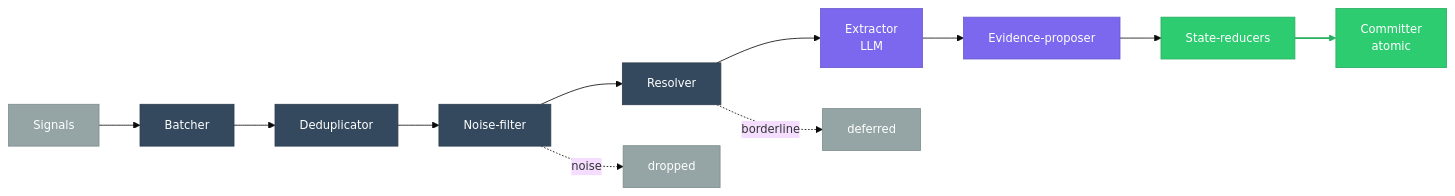
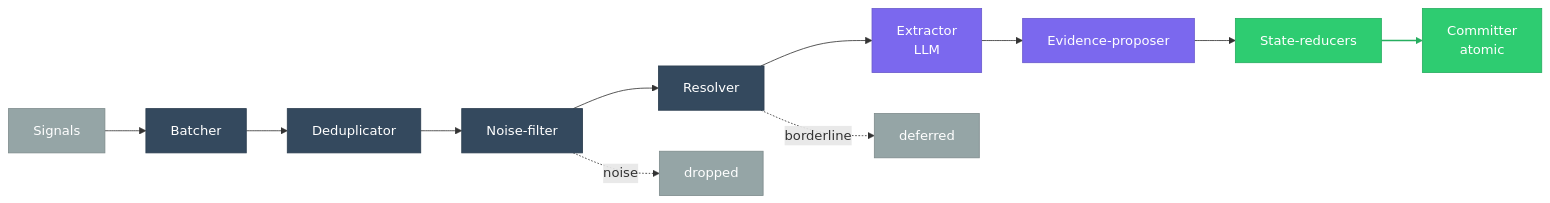
Before and after one commit to alex-oleshkevich/dailydrift: the first of 2 diagrams in specs/inbox.md, drawn with Mermaid. The commit also changed other lines of this file and 44 other files, not shown here.

````diff
--- a/specs/inbox.md
+++ b/specs/inbox.md
@@ -267,24 +267,23 @@
 ```mermaid
-%%{init: {'theme': 'base', 'themeVariables': {'fontSize': '14px'}}}%%
 flowchart LR
     classDef input fill:#95A5A6,stroke:#7F8C8D,color:#fff
     classDef cheap fill:#34495E,stroke:#2C3E50,color:#fff
     classDef llm fill:#7B68EE,stroke:#6A5ACD,color:#fff
     classDef fact fill:#2ECC71,stroke:#27AE60,color:#fff
 
     SIG["Signals"]:::input
     BAT["Batcher"]:::cheap
     DED["Deduplicator"]:::cheap
     NF["Noise-filter"]:::cheap
     RES["Resolver"]:::cheap
-    EXT["Extractor\nLLM"]:::llm
+    EXT["Extractor<br/>LLM"]:::llm
     PROP["Evidence-proposer"]:::llm
     RED["State-reducers"]:::fact
-    COM["Committer\natomic"]:::fact
+    COM["Committer<br/>atomic"]:::fact
 
     SIG --> BAT --> DED --> NF --> RES --> EXT --> PROP --> RED --> COM
     NF -.->|"noise"| DROP["dropped"]:::input
     RES -.->|"borderline"| DEF["deferred"]:::input
 
     linkStyle 7 stroke:#27AE60,stroke-width:2px
 ```
````
